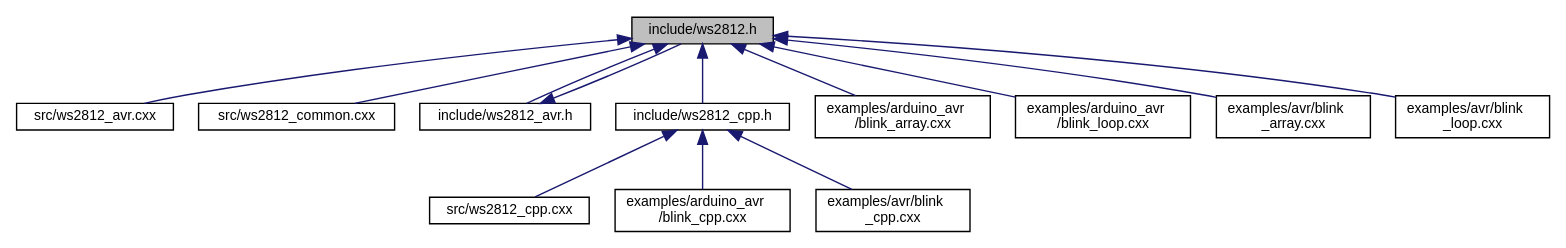
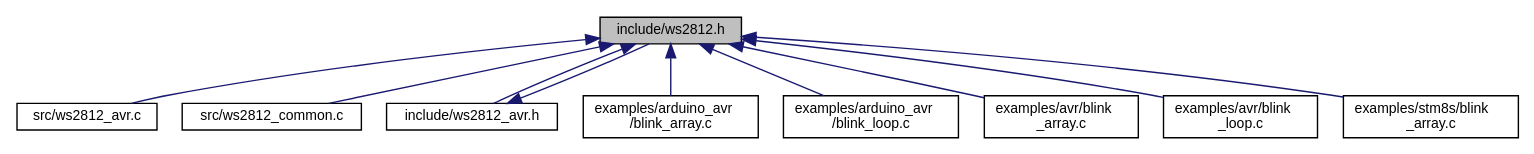
Before and after one commit to CTXz/TinyWS2812: the diagram in docs/ws2812_8h__dep__incl.dot, drawn with Graphviz. The commit also changed 167 other files, not shown here.

```diff
--- a/docs/ws2812_8h__dep__incl.dot
+++ b/docs/ws2812_8h__dep__incl.dot
@@ -1,30 +1,24 @@
 digraph "include/ws2812.h"
 {
  // LATEX_PDF_SIZE
   edge [fontname="Helvetica",fontsize="10",labelfontname="Helvetica",labelfontsize="10"];
   node [fontname="Helvetica",fontsize="10",shape=record];
   Node1 [label="include/ws2812.h",height=0.2,width=0.4,color="black", fillcolor="grey75", style="filled", fontcolor="black",tooltip="Exposes the Tiny-WS2812 library interface."];
   Node1 -> Node2 [dir="back",color="midnightblue",fontsize="10",style="solid",fontname="Helvetica"];
-  Node2 [label="src/ws2812_avr.cxx",height=0.2,width=0.4,color="black", fillcolor="white", style="filled",URL="$ws2812__avr_8cxx.html",tooltip="Driver code for AVR chips."];
+  Node2 [label="src/ws2812_avr.c",height=0.2,width=0.4,color="black", fillcolor="white", style="filled",URL="$ws2812__avr_8c.html",tooltip="Driver code for AVR chips."];
   Node1 -> Node3 [dir="back",color="midnightblue",fontsize="10",style="solid",fontname="Helvetica"];
-  Node3 [label="src/ws2812_common.cxx",height=0.2,width=0.4,color="black", fillcolor="white", style="filled",URL="$ws2812__common_8cxx.html",tooltip="Common code shared accross all supported platforms."];
+  Node3 [label="src/ws2812_common.c",height=0.2,width=0.4,color="black", fillcolor="white", style="filled",URL="$ws2812__common_8c.html",tooltip="Common code shared accross all supported platforms."];
   Node1 -> Node4 [dir="back",color="midnightblue",fontsize="10",style="solid",fontname="Helvetica"];
   Node4 [label="include/ws2812_avr.h",height=0.2,width=0.4,color="black", fillcolor="white", style="filled",URL="$ws2812__avr_8h.html",tooltip="Provides AVR platform specific definitions."];
   Node4 -> Node1 [dir="back",color="midnightblue",fontsize="10",style="solid",fontname="Helvetica"];
   Node1 -> Node5 [dir="back",color="midnightblue",fontsize="10",style="solid",fontname="Helvetica"];
-  Node5 [label="include/ws2812_cpp.h",height=0.2,width=0.4,color="black", fillcolor="white", style="filled",URL="$ws2812__cpp_8h.html",tooltip="C++ Wrapper for the Tiny-WS2812 interface."];
-  Node5 -> Node6 [dir="back",color="midnightblue",fontsize="10",style="solid",fontname="Helvetica"];
-  Node6 [label="src/ws2812_cpp.cxx",height=0.2,width=0.4,color="black", fillcolor="white", style="filled",URL="$ws2812__cpp_8cxx.html",tooltip="Defines functions for the Tiny-WS2812 C++ interface wrapper."];
-  Node5 -> Node7 [dir="back",color="midnightblue",fontsize="10",style="solid",fontname="Helvetica"];
-  Node7 [label="examples/arduino_avr\l/blink_cpp.cxx",height=0.2,width=0.4,color="black", fillcolor="white", style="filled",URL="$arduino__avr_2blink__cpp_8cxx.html",tooltip="C++ Wrapper implementation of blink_array.cxx"];
-  Node5 -> Node8 [dir="back",color="midnightblue",fontsize="10",style="solid",fontname="Helvetica"];
-  Node8 [label="examples/avr/blink\l_cpp.cxx",height=0.2,width=0.4,color="black", fillcolor="white", style="filled",URL="$avr_2blink__cpp_8cxx.html",tooltip="C++ Wrapper implementation of blink_array.cxx."];
+  Node5 [label="examples/arduino_avr\l/blink_array.c",height=0.2,width=0.4,color="black", fillcolor="white", style="filled",URL="$arduino__avr_2blink__array_8c.html",tooltip="Blinks one or more WS2812 devices using a RGB array."];
+  Node1 -> Node6 [dir="back",color="midnightblue",fontsize="10",style="solid",fontname="Helvetica"];
+  Node6 [label="examples/arduino_avr\l/blink_loop.c",height=0.2,width=0.4,color="black", fillcolor="white", style="filled",URL="$arduino__avr_2blink__loop_8c.html",tooltip="Blinks one or more WS2812 devices using a more memory efficient method than the blink_array...."];
+  Node1 -> Node7 [dir="back",color="midnightblue",fontsize="10",style="solid",fontname="Helvetica"];
+  Node7 [label="examples/avr/blink\l_array.c",height=0.2,width=0.4,color="black", fillcolor="white", style="filled",URL="$avr_2blink__array_8c.html",tooltip="Blinks one or more WS2812 devices using a RGB array."];
+  Node1 -> Node8 [dir="back",color="midnightblue",fontsize="10",style="solid",fontname="Helvetica"];
+  Node8 [label="examples/avr/blink\l_loop.c",height=0.2,width=0.4,color="black", fillcolor="white", style="filled",URL="$avr_2blink__loop_8c.html",tooltip="Blinks one or more WS2812 devices using a more memory efficient method than the blink_array...."];
   Node1 -> Node9 [dir="back",color="midnightblue",fontsize="10",style="solid",fontname="Helvetica"];
-  Node9 [label="examples/arduino_avr\l/blink_array.cxx",height=0.2,width=0.4,color="black", fillcolor="white", style="filled",URL="$arduino__avr_2blink__array_8cxx.html",tooltip="Blinks one or more WS2812 devices using a RGB array."];
-  Node1 -> Node10 [dir="back",color="midnightblue",fontsize="10",style="solid",fontname="Helvetica"];
-  Node10 [label="examples/arduino_avr\l/blink_loop.cxx",height=0.2,width=0.4,color="black", fillcolor="white", style="filled",URL="$arduino__avr_2blink__loop_8cxx.html",tooltip="Blinks one or more WS2812 devices using a more memory efficient method than the blink_array...."];
-  Node1 -> Node11 [dir="back",color="midnightblue",fontsize="10",style="solid",fontname="Helvetica"];
-  Node11 [label="examples/avr/blink\l_array.cxx",height=0.2,width=0.4,color="black", fillcolor="white", style="filled",URL="$avr_2blink__array_8cxx.html",tooltip="Blinks one or more WS2812 devices using a RGB array."];
-  Node1 -> Node12 [dir="back",color="midnightblue",fontsize="10",style="solid",fontname="Helvetica"];
-  Node12 [label="examples/avr/blink\l_loop.cxx",height=0.2,width=0.4,color="black", fillcolor="white", style="filled",URL="$avr_2blink__loop_8cxx.html",tooltip="Blinks one or more WS2812 devices using a more memory efficient method than the blink_array...."];
+  Node9 [label="examples/stm8s/blink\l_array.c",height=0.2,width=0.4,color="black", fillcolor="white", style="filled",URL="$stm8s_2blink__array_8c.html",tooltip="Blinks one or more WS2812 devices using a RGB array."];
 }
```
